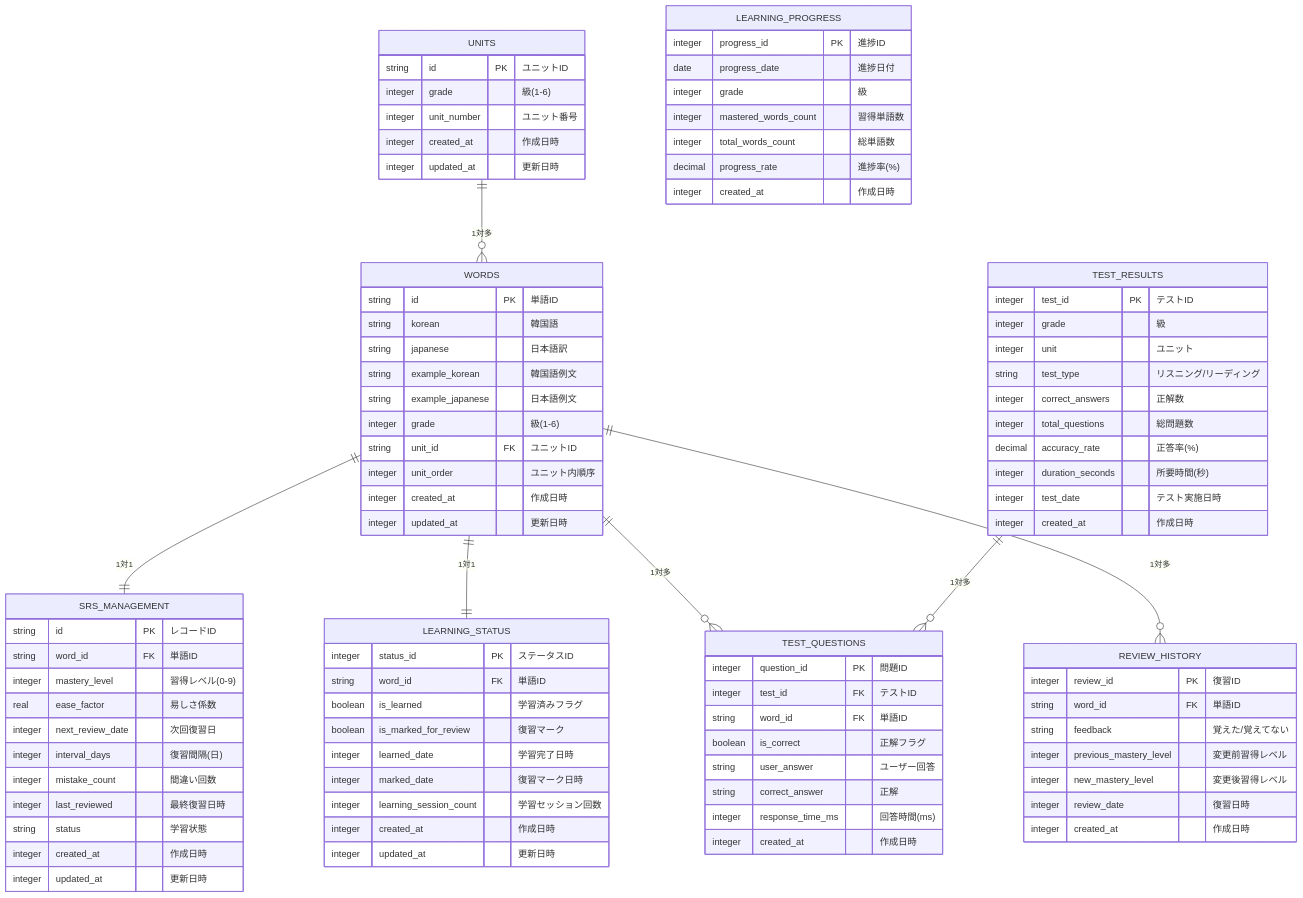
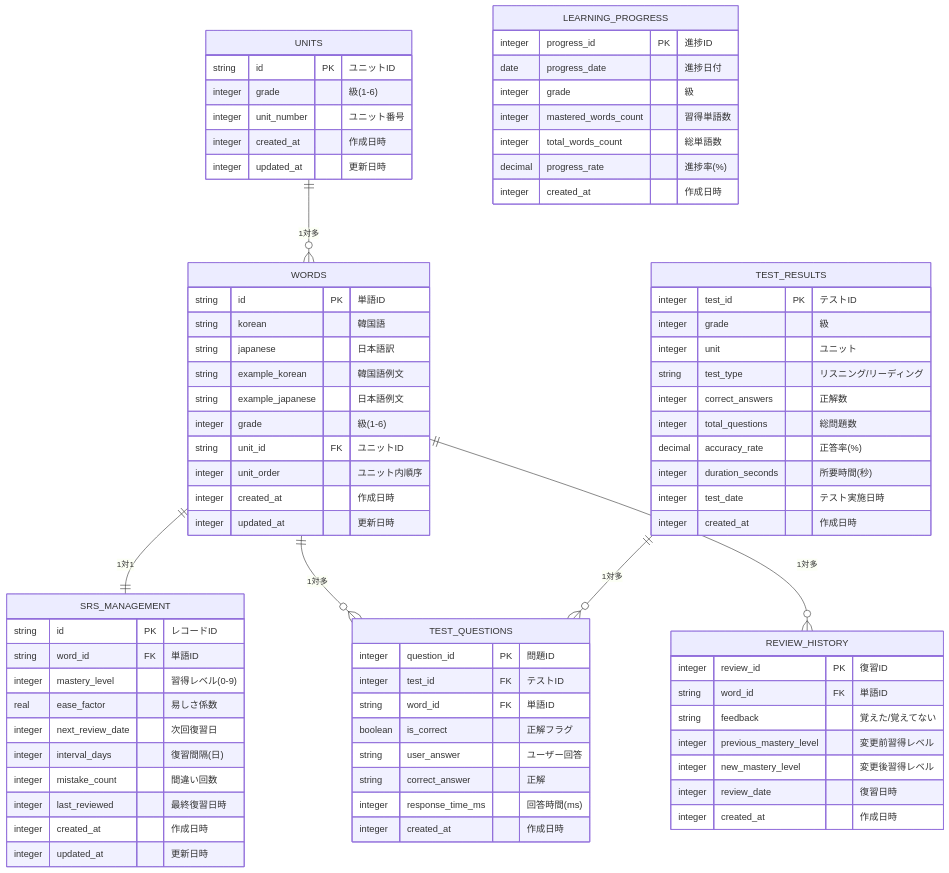
Before and after one commit to yuichkun/topik-dojo: the diagram in docs/database-design.md, drawn with Mermaid. The commit also changed other lines of this file and 4 other files, not shown here.

```diff
--- a/docs/database-design.md
+++ b/docs/database-design.md
@@ -89,18 +89,6 @@
     }
     
     
-    %% 学習状況テーブル
-    LEARNING_STATUS {
-        integer status_id PK "ステータスID"
-        string word_id FK "単語ID"
-        boolean is_learned "学習済みフラグ"
-        boolean is_marked_for_review "復習マーク"
-        integer learned_date "学習完了日時"
-        integer marked_date "復習マーク日時"
-        integer learning_session_count "学習セッション回数"
-        integer created_at "作成日時"
-        integer updated_at "更新日時"
-    }
     
     
     %% SRS管理テーブル
@@ -113,7 +101,6 @@
         integer interval_days "復習間隔(日)"
         integer mistake_count "間違い回数"
         integer last_reviewed "最終復習日時"
-        string status "学習状態"
         integer created_at "作成日時"
         integer updated_at "更新日時"
     }
@@ -169,7 +156,6 @@
     %% リレーション
     UNITS ||--o{ WORDS : "1対多"
     WORDS ||--|| SRS_MANAGEMENT : "1対1"
-    WORDS ||--|| LEARNING_STATUS : "1対1"
     WORDS ||--o{ TEST_QUESTIONS : "1対多"
     WORDS ||--o{ REVIEW_HISTORY : "1対多"
     TEST_RESULTS ||--o{ TEST_QUESTIONS : "1対多"
```
